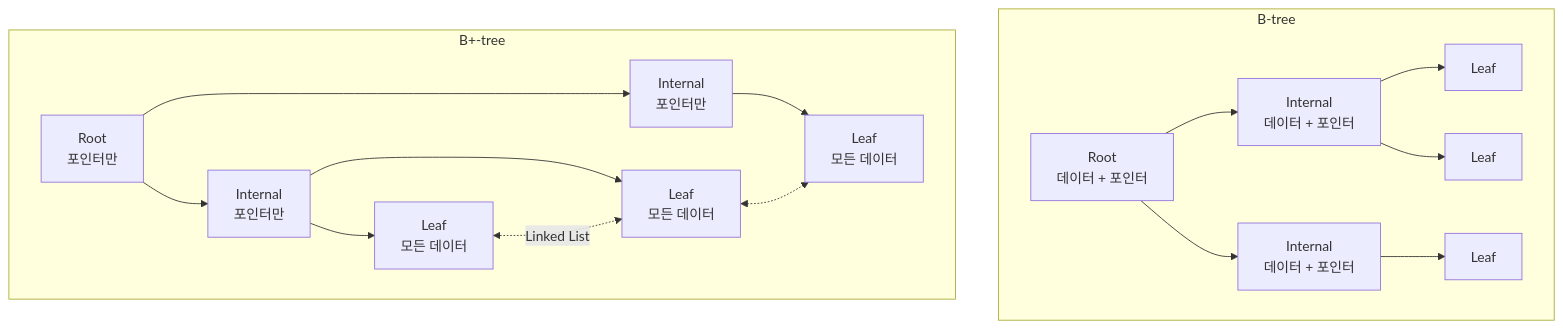
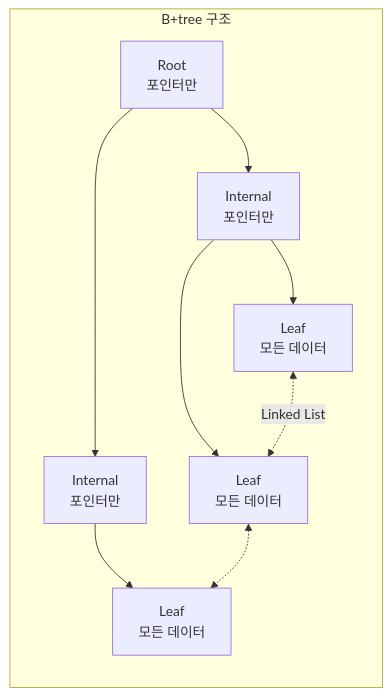
The seventh of 14 diagrams in src/data/blog/ko/mysql-btree-index-page-split-deep-dive.md (PreAgile/astro-paper), drawn with Mermaid before and after one commit. The commit also changed other lines of this file and 17 other files, not shown here.

````diff
--- a/src/data/blog/ko/mysql-btree-index-page-split-deep-dive.md
+++ b/src/data/blog/ko/mysql-btree-index-page-split-deep-dive.md
@@ -101,34 +324,13 @@
 ```mermaid
-graph TB
-    subgraph "B-tree"
-        BR[Root<br/>데이터 + 포인터]
-        BI1[Internal<br/>데이터 + 포인터]
-        BI2[Internal<br/>데이터 + 포인터]
-        BL1[Leaf]
-        BL2[Leaf]
-        BL3[Leaf]
-
-        BR --> BI1
-        BR --> BI2
-        BI1 --> BL1
-        BI1 --> BL2
-        BI2 --> BL3
-    end
-
-    subgraph "B+-tree"
-        PR[Root<br/>포인터만]
-        PI1[Internal<br/>포인터만]
-        PI2[Internal<br/>포인터만]
-        PL1[Leaf<br/>모든 데이터]
-        PL2[Leaf<br/>모든 데이터]
-        PL3[Leaf<br/>모든 데이터]
-
-        PR --> PI1
-        PR --> PI2
-        PI1 --> PL1
-        PI1 --> PL2
-        PI2 --> PL3
-
-        PL1 <-.->|Linked List| PL2 <-.-> PL3
+graph LR
+    subgraph "B+tree 구조"
+        PR["Root<br/>포인터만"]
+        PR --> PI1["Internal<br/>포인터만"]
+        PR --> PI2["Internal<br/>포인터만"]
+        PI1 --> PL1["Leaf<br/>모든 데이터"]
+        PI1 --> PL2["Leaf<br/>모든 데이터"]
+        PI2 --> PL3["Leaf<br/>모든 데이터"]
+        PL1 <-.->|"Linked List"| PL2
+        PL2 <-.-> PL3
     end
 ```
````
